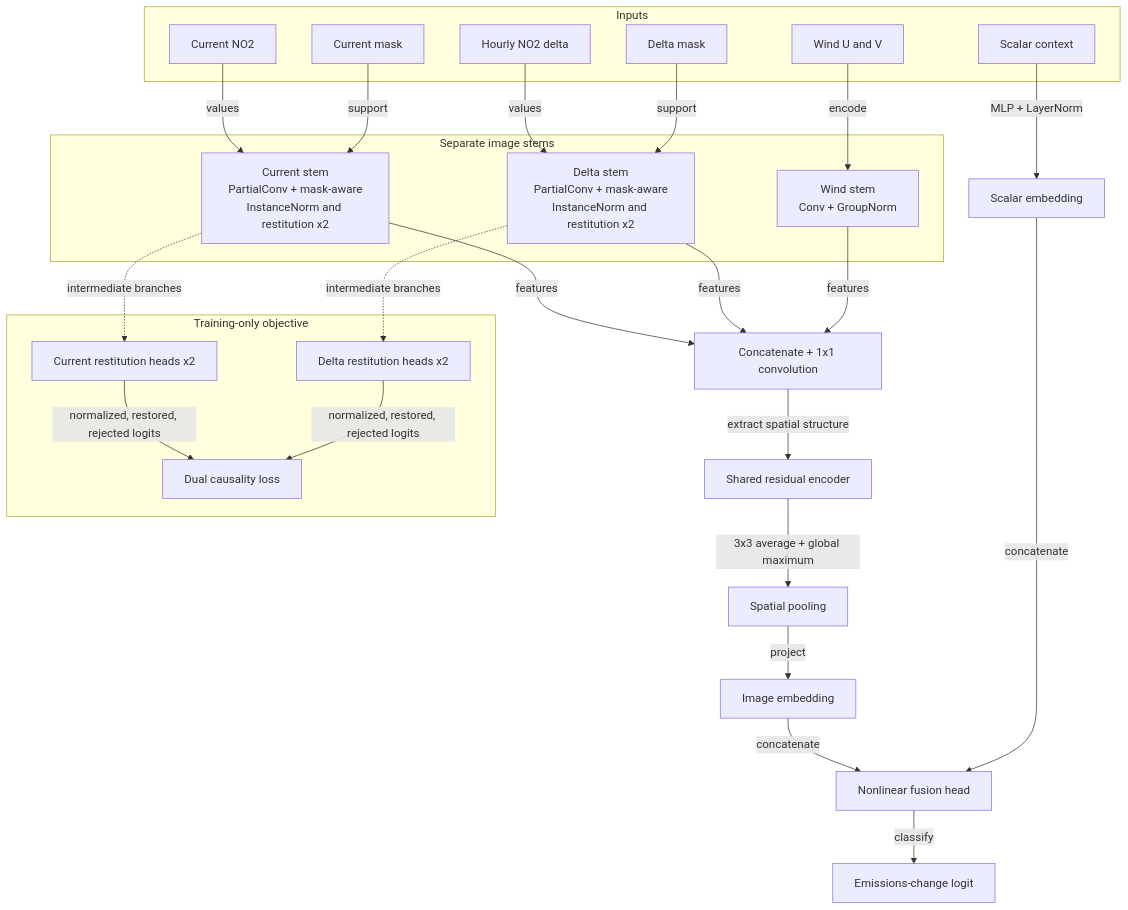
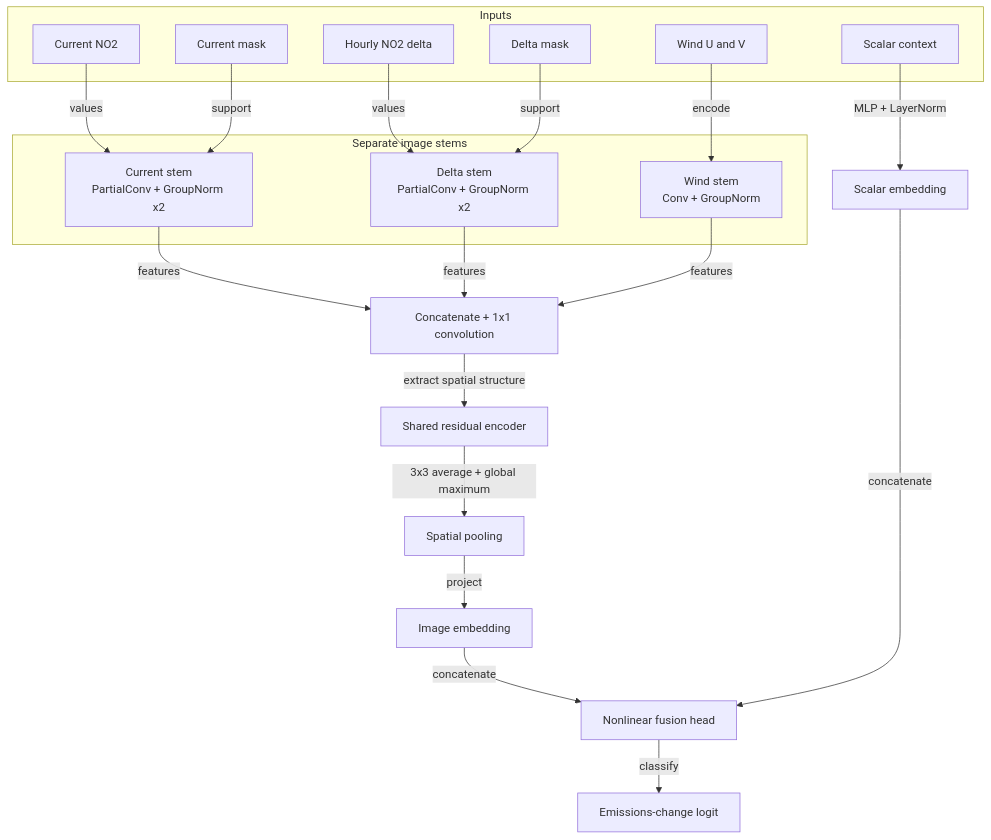
The diagram in docs/modeling.md (pranav-walimbe/no2-modeling), drawn with Mermaid before and after one commit. The commit also changed other lines of this file and 9 other files, not shown here.

````diff
--- a/docs/modeling.md
+++ b/docs/modeling.md
@@ -133,46 +132,35 @@
 ```mermaid
 flowchart TB
     subgraph Inputs
         Current[Current NO2]
         CurrentMask[Current mask]
         Delta[Hourly NO2 delta]
         DeltaMask[Delta mask]
         Wind[Wind U and V]
         Tabular[Scalar context]
     end
 
     subgraph Stems[Separate image stems]
-        CurrentStem[Current stem<br/>PartialConv + mask-aware<br/>InstanceNorm and restitution x2]
-        DeltaStem[Delta stem<br/>PartialConv + mask-aware<br/>InstanceNorm and restitution x2]
+        CurrentStem[Current stem<br/>PartialConv + GroupNorm x2]
+        DeltaStem[Delta stem<br/>PartialConv + GroupNorm x2]
         WindStem[Wind stem<br/>Conv + GroupNorm]
     end
 
     Current -->|values| CurrentStem
     CurrentMask -->|support| CurrentStem
     Delta -->|values| DeltaStem
     DeltaMask -->|support| DeltaStem
     Wind -->|encode| WindStem
 
     CurrentStem -->|features| StemFusion[Concatenate + 1x1 convolution]
     DeltaStem -->|features| StemFusion
     WindStem -->|features| StemFusion
 
     StemFusion -->|extract spatial structure| Encoder[Shared residual encoder]
     Encoder -->|3x3 average + global maximum| Pool[Spatial pooling]
     Pool -->|project| ImageProjection[Image embedding]
     Tabular -->|MLP + LayerNorm| TabularProjection[Scalar embedding]
     ImageProjection -->|concatenate| FusionHead[Nonlinear fusion head]
     TabularProjection -->|concatenate| FusionHead
     FusionHead -->|classify| Logit[Emissions-change logit]
-
-    subgraph TrainingOnly[Training-only objective]
-        CurrentAux[Current restitution heads x2]
-        DeltaAux[Delta restitution heads x2]
-        DualLoss[Dual causality loss]
-        CurrentAux -->|normalized, restored, rejected logits| DualLoss
-        DeltaAux -->|normalized, restored, rejected logits| DualLoss
-    end
-
-    CurrentStem -.->|intermediate branches| CurrentAux
-    DeltaStem -.->|intermediate branches| DeltaAux
 ```
````
